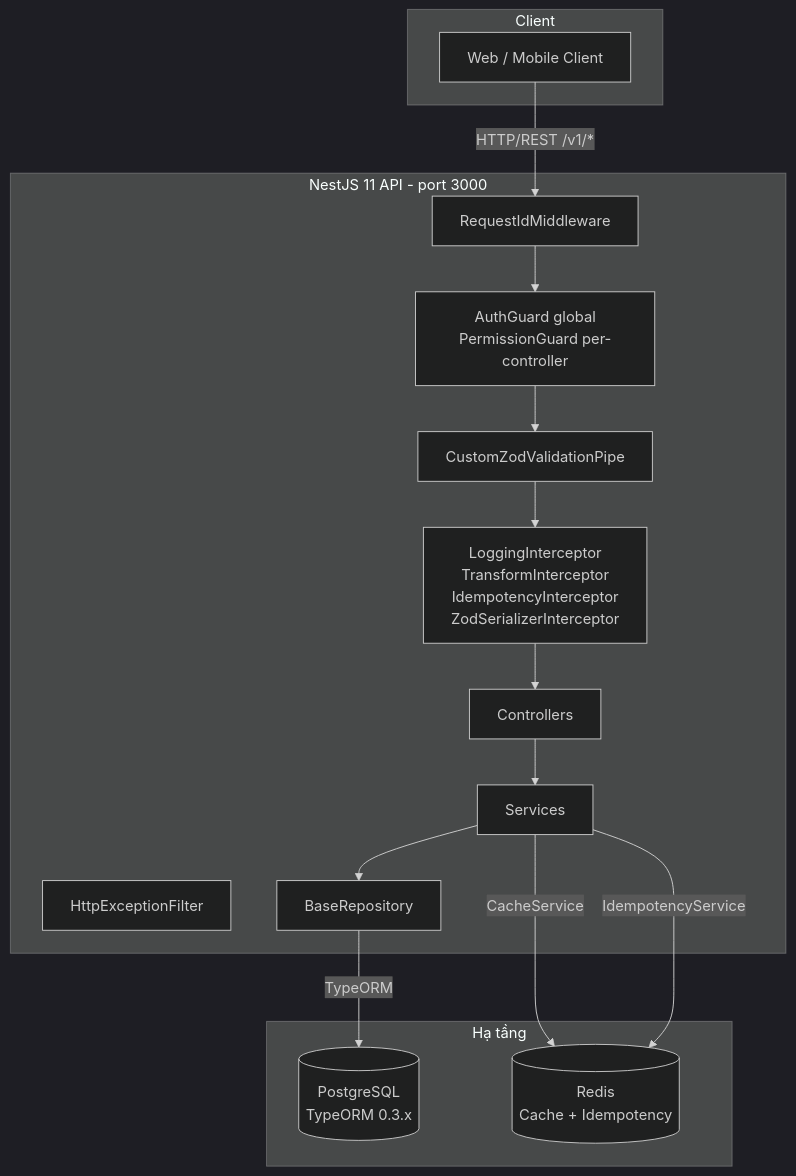
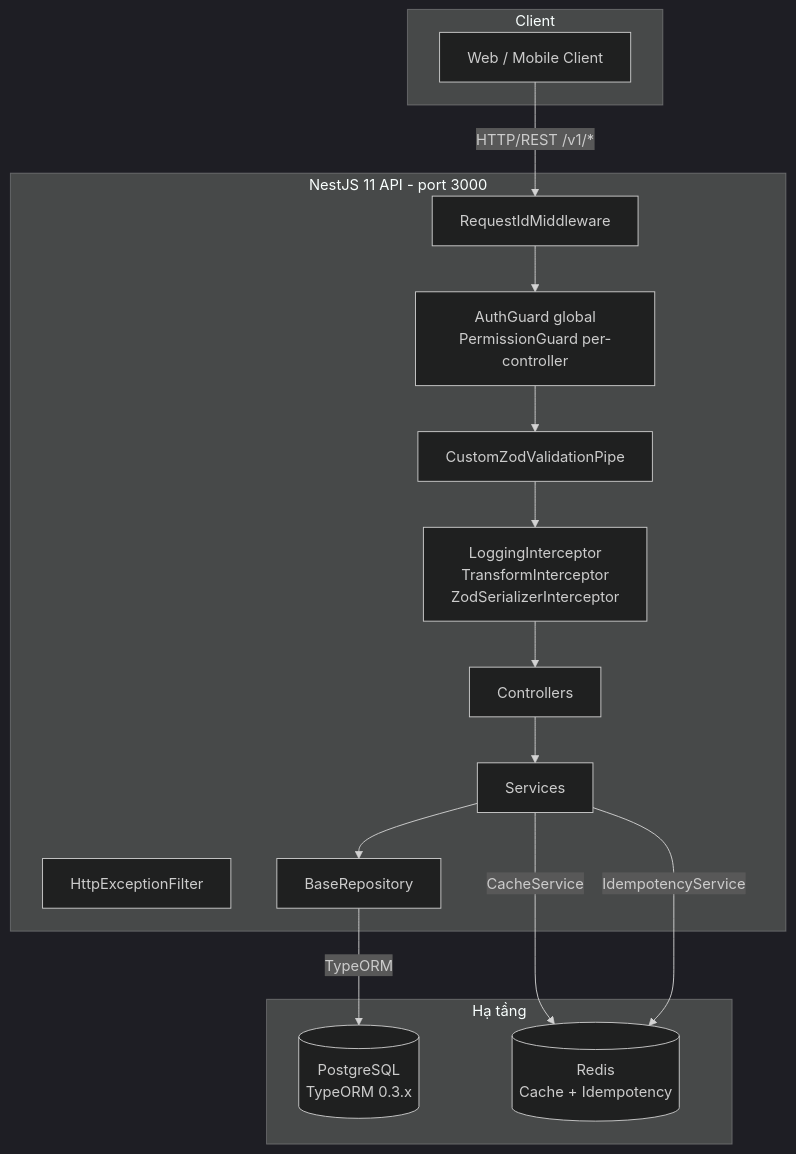
One commit to trungcrbay/crm_fcvn changed the first of 5 diagrams in docs/BE_ARCHITECTURE.md. Above: the diagram before and after it, drawn with Mermaid (dark theme). The commit also changed other lines of this file and 18 other files, not shown here.

````diff
--- a/docs/BE_ARCHITECTURE.md
+++ b/docs/BE_ARCHITECTURE.md
@@ -7,33 +7,33 @@
 ```mermaid
 graph TB
     subgraph Client
         FE[Web / Mobile Client]
     end
 
     subgraph "NestJS 11 API - port 3000"
         MW[RequestIdMiddleware]
         Guard[AuthGuard global<br/>PermissionGuard per-controller]
-        Interceptor[LoggingInterceptor<br/>TransformInterceptor<br/>IdempotencyInterceptor<br/>ZodSerializerInterceptor]
+        Interceptor[LoggingInterceptor<br/>TransformInterceptor<br/>ZodSerializerInterceptor]
         Pipe[CustomZodValidationPipe]
         Filter[HttpExceptionFilter]
         Controller[Controllers]
         Service[Services]
         Repo[BaseRepository]
     end
 
     subgraph "Hạ tầng"
         PG[(PostgreSQL<br/>TypeORM 0.3.x)]
         Redis[(Redis<br/>Cache + Idempotency)]
     end
 
     FE -->|HTTP/REST /v1/*| MW
     MW --> Guard
     Guard --> Pipe
     Pipe --> Interceptor
     Interceptor --> Controller
     Controller --> Service
     Service --> Repo
     Repo -->|TypeORM| PG
     Service -->|CacheService| Redis
     Service -->|IdempotencyService| Redis
 ```
````
